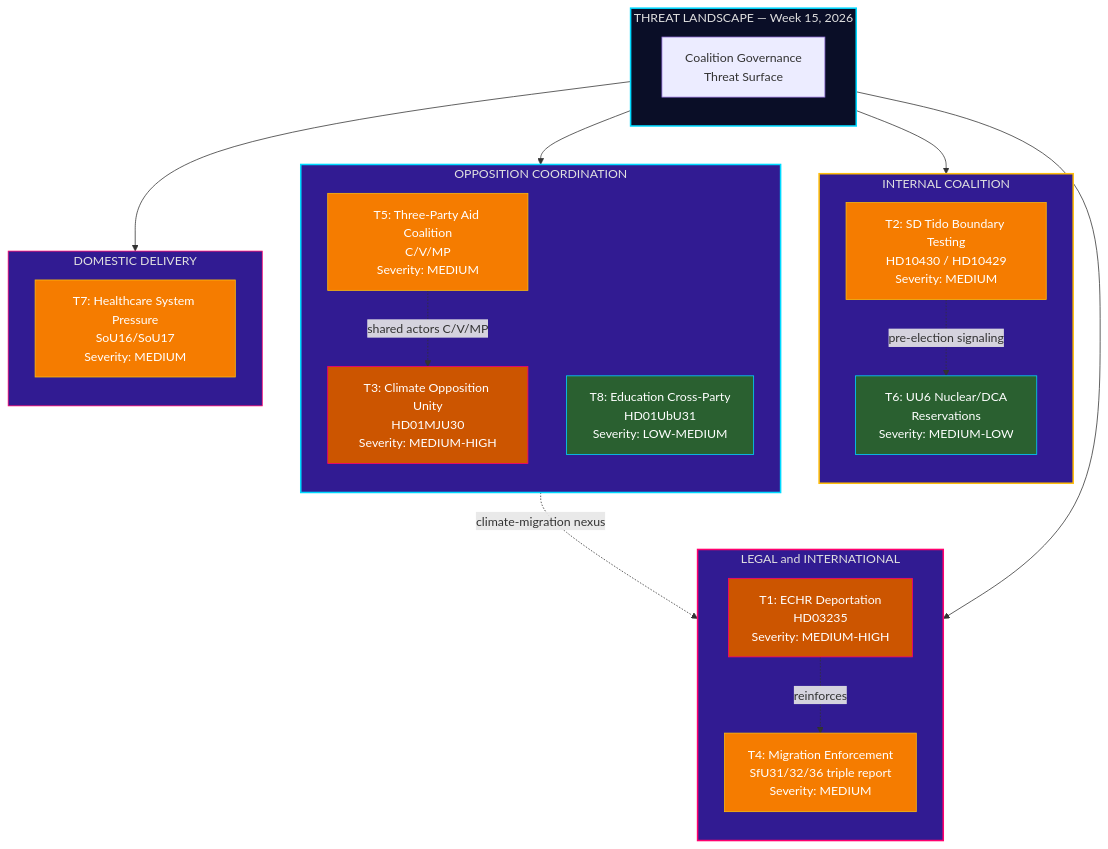
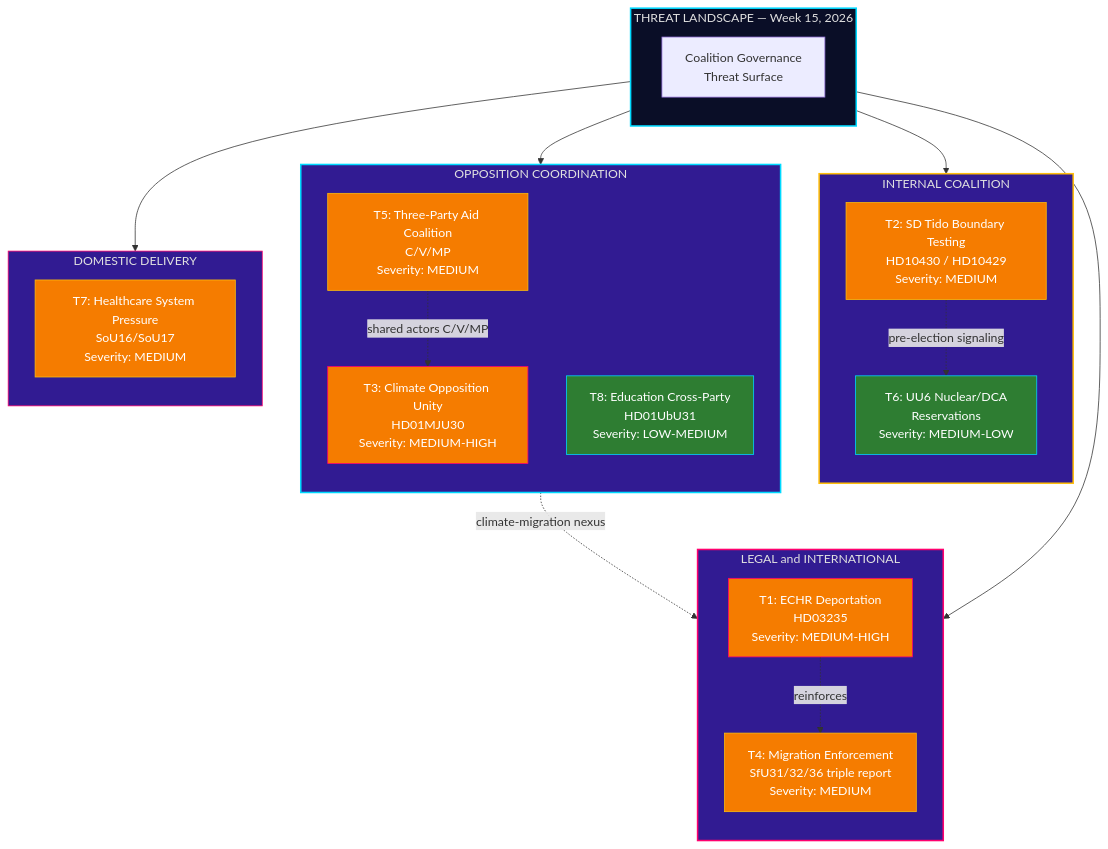
The first of 2 diagrams in analysis/daily/2026-04-11/evening-analysis/threat-analysis.md (Hack23/riksdagsmonitor), drawn with Mermaid before and after one commit. The commit also changed 121 other files, not shown here.

````diff
--- a/analysis/daily/2026-04-11/evening-analysis/threat-analysis.md
+++ b/analysis/daily/2026-04-11/evening-analysis/threat-analysis.md
@@ -21,55 +21,55 @@
 ```mermaid
 graph TD
     subgraph ROOT["THREAT LANDSCAPE — Week 15, 2026"]
         direction TB
         A["Coalition Governance<br/>Threat Surface"]
     end
 
     subgraph LEGAL["LEGAL and INTERNATIONAL"]
         direction TB
         T1["T1: ECHR Deportation<br/>HD03235<br/>Severity: MEDIUM-HIGH"]
         T4["T4: Migration Enforcement<br/>SfU31/32/36 triple report<br/>Severity: MEDIUM"]
     end
 
     subgraph INTERNAL["INTERNAL COALITION"]
         direction TB
         T2["T2: SD Tido Boundary Testing<br/>HD10430 / HD10429<br/>Severity: MEDIUM"]
         T6["T6: UU6 Nuclear/DCA<br/>Reservations<br/>Severity: MEDIUM-LOW"]
     end
 
     subgraph OPPOSITION["OPPOSITION COORDINATION"]
         direction TB
         T3["T3: Climate Opposition Unity<br/>HD01MJU30<br/>Severity: MEDIUM-HIGH"]
         T5["T5: Three-Party Aid Coalition<br/>C/V/MP<br/>Severity: MEDIUM"]
         T8["T8: Education Cross-Party<br/>HD01UbU31<br/>Severity: LOW-MEDIUM"]
     end
 
     subgraph WELFARE["DOMESTIC DELIVERY"]
         direction TB
         T7["T7: Healthcare System Pressure<br/>SoU16/SoU17<br/>Severity: MEDIUM"]
     end
 
     A --> LEGAL
     A --> INTERNAL
     A --> OPPOSITION
     A --> WELFARE
 
     T1 -. "reinforces" .-> T4
     T3 -. "climate-migration nexus" .-> T1
     T5 -. "shared actors C/V/MP" .-> T3
     T2 -. "pre-election signaling" .-> T6
 
     style ROOT fill:#0a0e27,stroke:#00d9ff,stroke-width:2px,color:#e0e0e0
     style LEGAL fill:#311B92,stroke:#ff006e,stroke-width:2px,color:#e0e0e0
     style INTERNAL fill:#311B92,stroke:#ffbe0b,stroke-width:2px,color:#e0e0e0
     style OPPOSITION fill:#311B92,stroke:#00d9ff,stroke-width:2px,color:#e0e0e0
     style WELFARE fill:#311B92,stroke:#ff006e,stroke-width:1px,color:#e0e0e0
-    style T1 fill:#cc5500,stroke:#ff006e,color:#FFFFFF
+    style T1 fill:#F57C00,stroke:#ff006e,color:#FFFFFF
     style T2 fill:#F57C00,stroke:#ffbe0b,color:#FFFFFF
-    style T3 fill:#cc5500,stroke:#ff006e,color:#FFFFFF
+    style T3 fill:#F57C00,stroke:#ff006e,color:#FFFFFF
     style T4 fill:#F57C00,stroke:#ffbe0b,color:#FFFFFF
     style T5 fill:#F57C00,stroke:#ffbe0b,color:#FFFFFF
-    style T6 fill:#2a6030,stroke:#00d9ff,color:#FFFFFF
+    style T6 fill:#2E7D32,stroke:#00d9ff,color:#FFFFFF
     style T7 fill:#F57C00,stroke:#ffbe0b,color:#FFFFFF
-    style T8 fill:#2a6030,stroke:#00d9ff,color:#FFFFFF
+    style T8 fill:#2E7D32,stroke:#00d9ff,color:#FFFFFF
 ```
````
